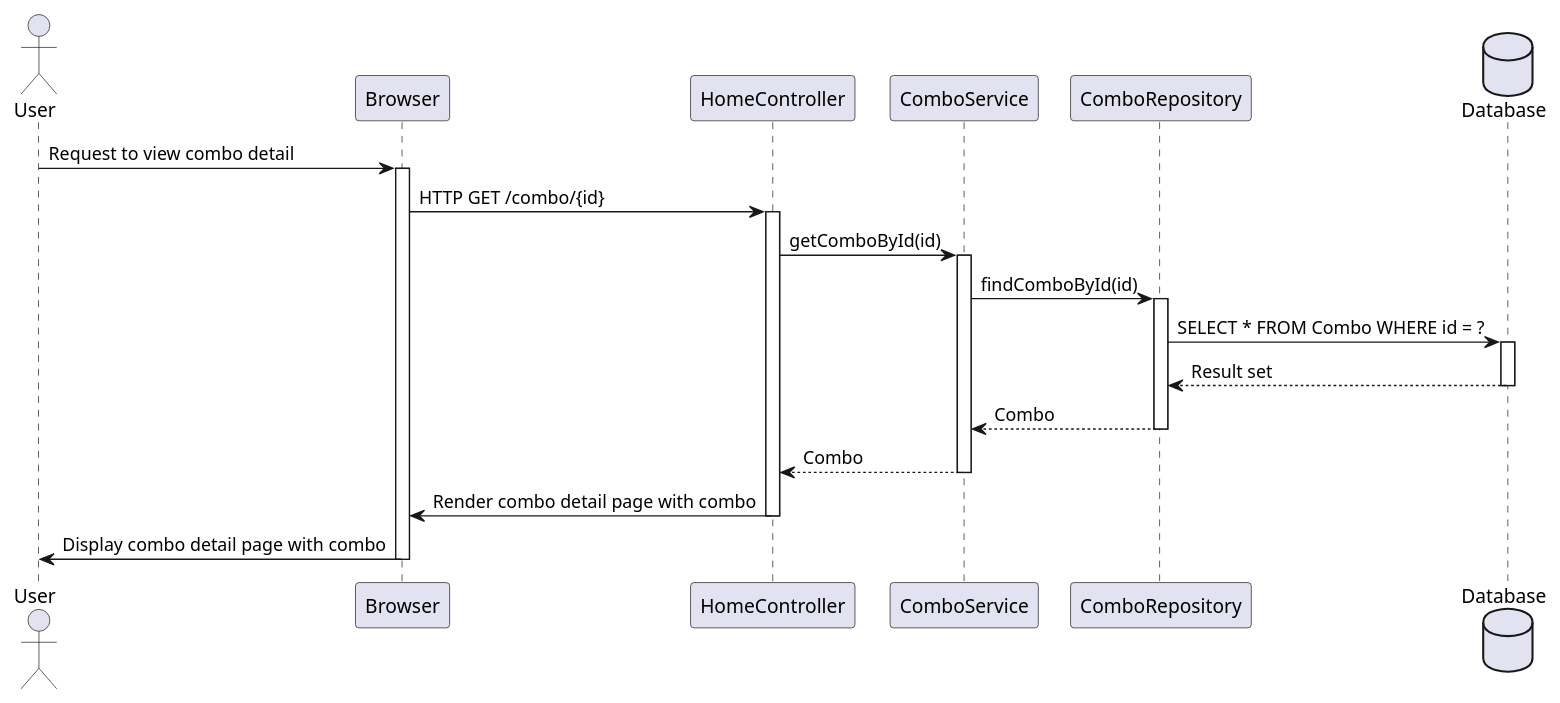
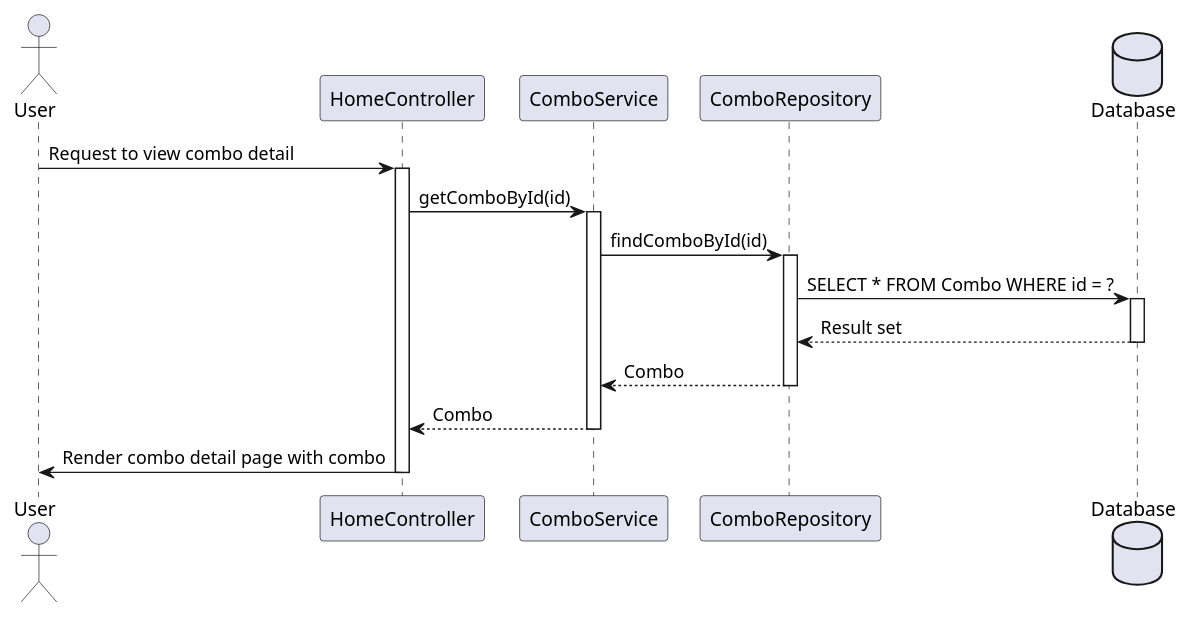
Before and after one commit to thanhtung8903/nutrimeal: the diagram in sequence_diagram/UC3_ViewComboDetail.puml, drawn with PlantUML. The commit also changed 9 other files, not shown here.

Commit message:
class diagram

```diff
--- a/sequence_diagram/UC3_ViewComboDetail.puml
+++ b/sequence_diagram/UC3_ViewComboDetail.puml
@@ -1,32 +1,27 @@
 @startuml
 
 actor User
 
-participant Browser
 participant HomeController
 participant ComboService
 participant ComboRepository
 database "Database" as Database
 
-User -> Browser: Request to view combo detail
-activate Browser
-Browser -> HomeController: HTTP GET /combo/{id}
+User -> HomeController: Request to view combo detail
 activate HomeController
 HomeController -> ComboService: getComboById(id)
 activate ComboService
 ComboService -> ComboRepository: findComboById(id)
 activate ComboRepository
 ComboRepository -> Database: SELECT * FROM Combo WHERE id = ?
 activate Database
 Database --> ComboRepository: Result set
 deactivate Database
 ComboRepository --> ComboService: Combo
 deactivate ComboRepository
 ComboService --> HomeController: Combo
 deactivate ComboService
-HomeController -> Browser: Render combo detail page with combo
+HomeController -> User: Render combo detail page with combo
 deactivate HomeController
-Browser -> User: Display combo detail page with combo
-deactivate Browser
 
 @enduml
```
